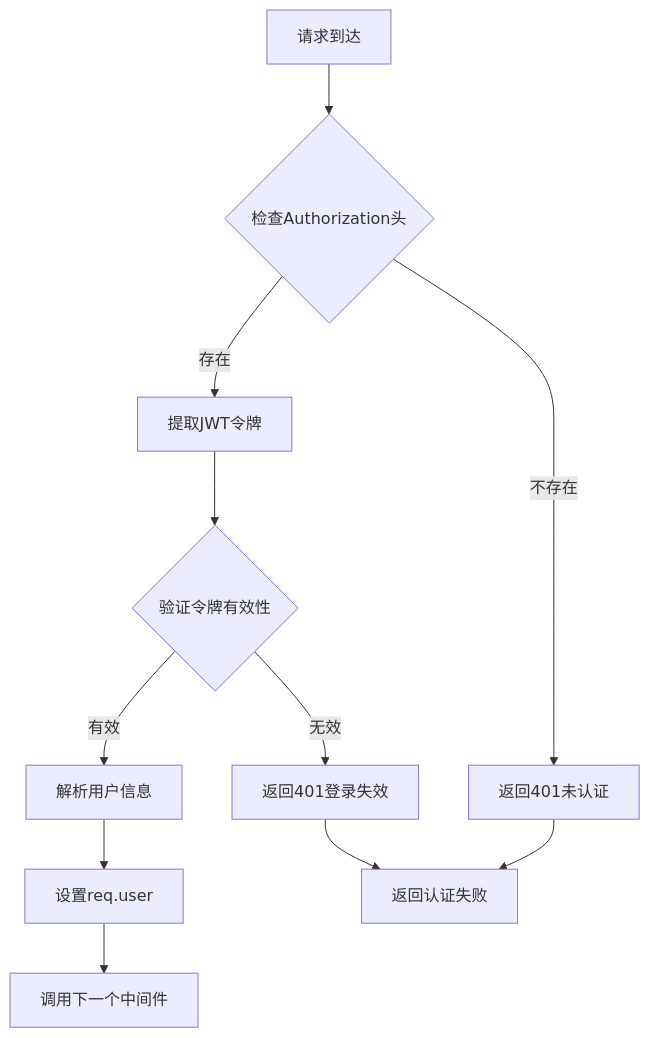
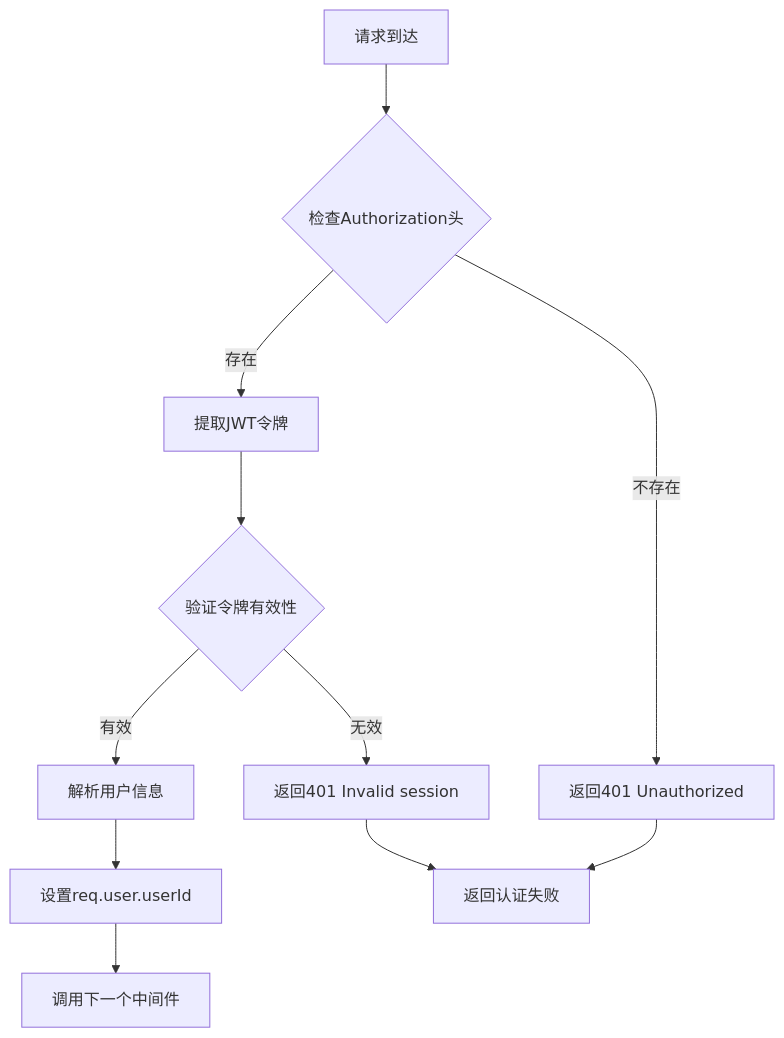
One commit to hanksd769-droid/sailshub changed the sixth of 9 diagrams in .qoder/repowiki/zh/content/多模态工作流模块/复制库系统.md. Above: the diagram before and after it, drawn with Mermaid. The commit also changed other lines of this file and 4 other files, not shown here.

````diff
--- a/.qoder/repowiki/zh/content/多模态工作流模块/复制库系统.md
+++ b/.qoder/repowiki/zh/content/多模态工作流模块/复制库系统.md
@@ -289,13 +296,13 @@
 ```mermaid
 flowchart TD
 A[请求到达] --> B{检查Authorization头}
 B --> |存在| C[提取JWT令牌]
-B --> |不存在| D[返回401未认证]
+B --> |不存在| D[返回401 Unauthorized]
 C --> E{验证令牌有效性}
 E --> |有效| F[解析用户信息]
-E --> |无效| G[返回401登录失效]
-F --> H[设置req.user]
+E --> |无效| G[返回401 Invalid session]
+F --> H[设置req.user.userId]
 H --> I[调用下一个中间件]
 G --> J[返回认证失败]
 D --> J
 ```
````
